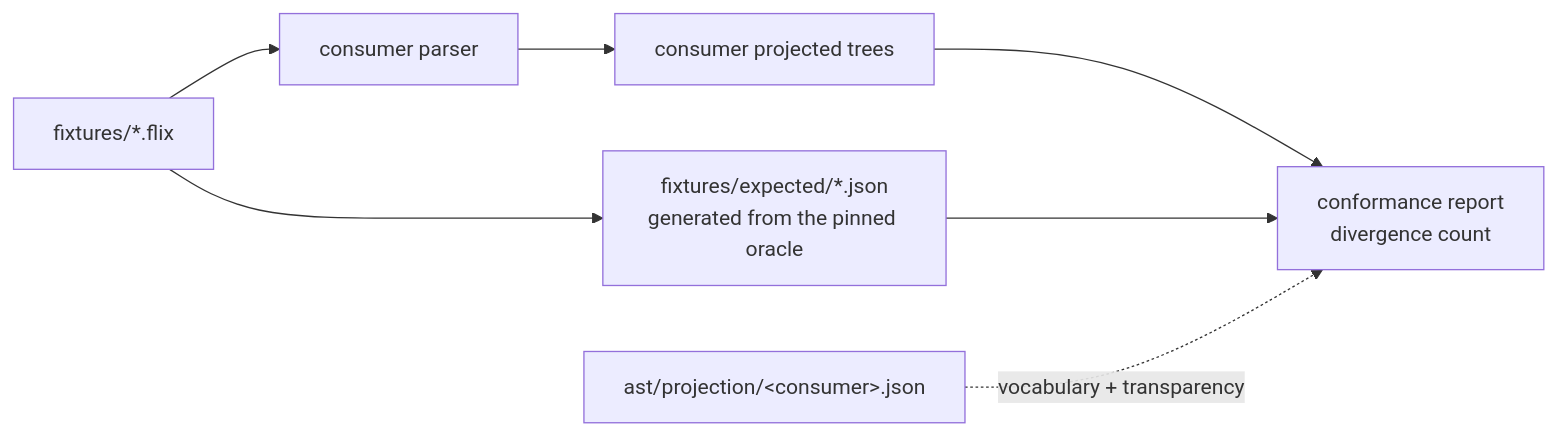
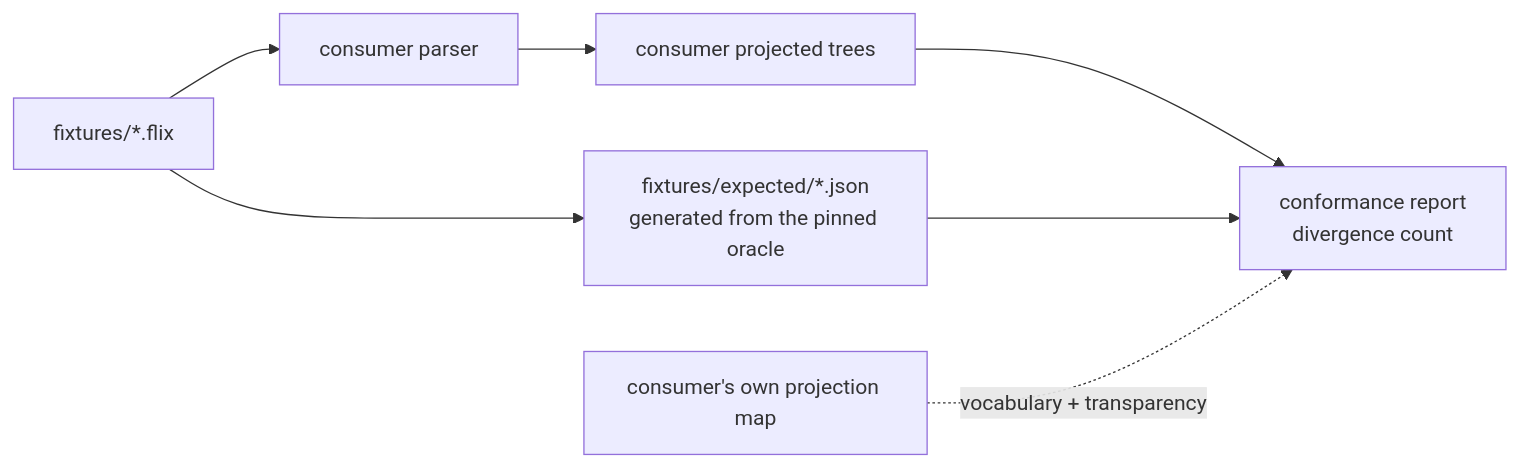
One commit to wstein/flix-spec changed the diagram in docs/CONFORMANCE.md. Above: the diagram before and after it, drawn with Mermaid. The commit also changed other lines of this file and 2 other files, not shown here.

First line of the commit message:
refactor(ast): retire ast/projection, consumers now own their own maps

````diff
--- a/docs/CONFORMANCE.md
+++ b/docs/CONFORMANCE.md
@@ -16,15 +16,15 @@
 ```mermaid
 flowchart LR
     FIX["fixtures/*.flix"]
     EXP["fixtures/expected/*.json<br/>generated from the pinned oracle"]
     CONS["consumer parser"]
     ACT["consumer projected trees"]
-    MAP["ast/projection/&lt;consumer&gt;.json"]
+    MAP["consumer's own projection map"]
     REP["conformance report<br/>divergence count"]
 
     FIX --> EXP
     FIX --> CONS --> ACT
     ACT --> REP
     EXP --> REP
     MAP -.->|"vocabulary + transparency"| REP
 ```
````
